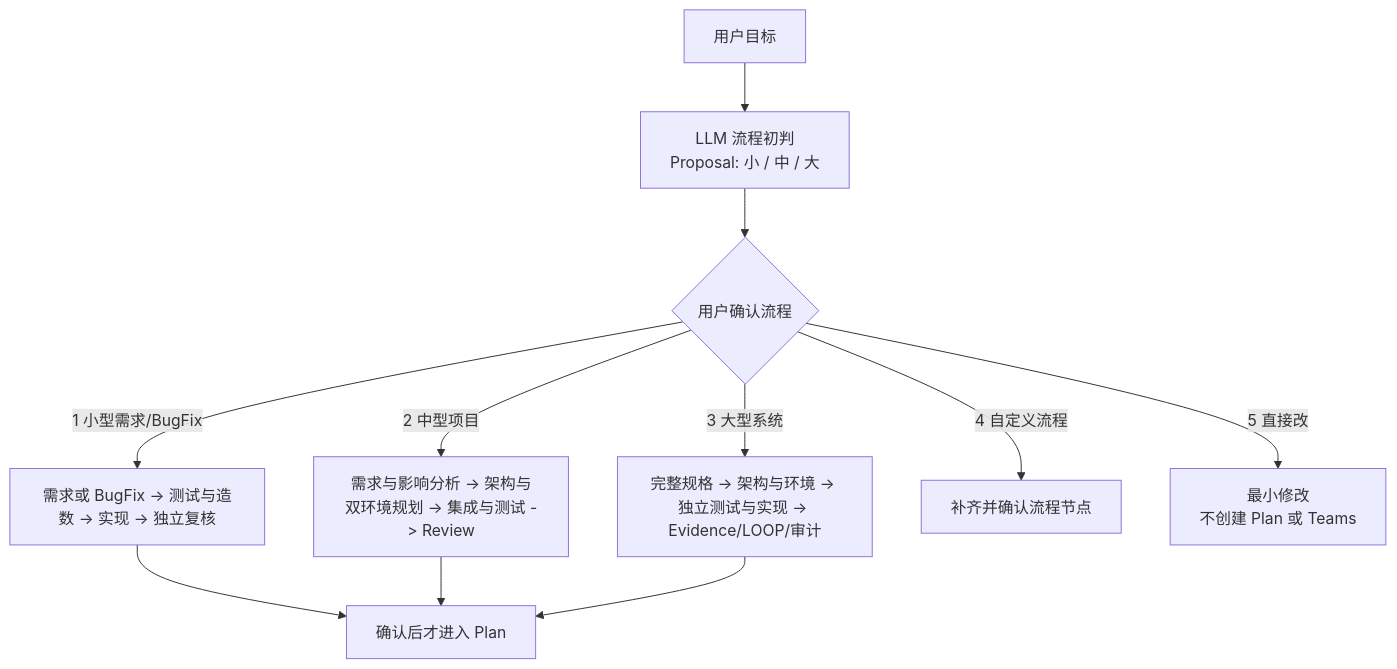
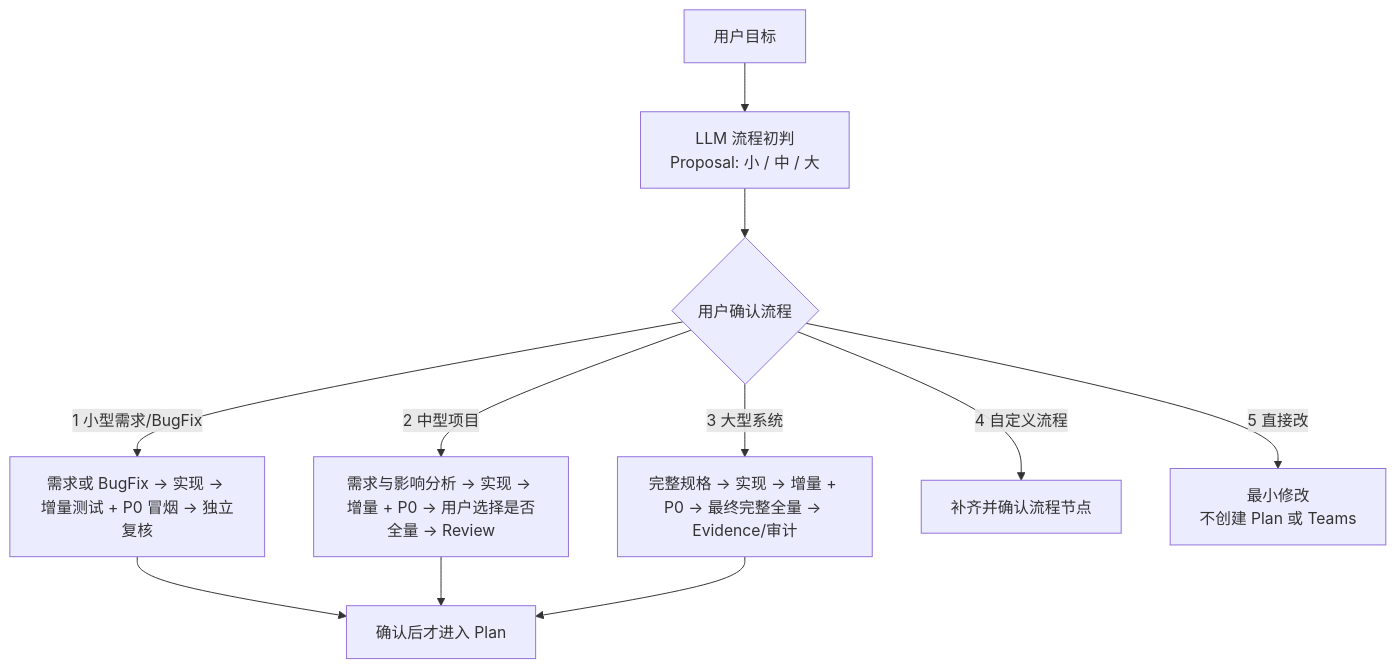
One commit to vibe-coding-era/goal-teams changed the diagram in references/flow-clarification-protocol.md. Above: the diagram before and after it, drawn with Mermaid. The commit also changed other lines of this file and 89 other files, not shown here.

Commit message:
feat: add V2.47 flow and runtime contracts

````diff
--- a/references/flow-clarification-protocol.md
+++ b/references/flow-clarification-protocol.md
@@ -52,13 +52,13 @@
 ```mermaid
 flowchart TD
     A[用户目标] --> B[LLM 流程初判\nProposal: 小 / 中 / 大]
     B --> C{用户确认流程}
-    C -->|1 小型需求/BugFix| S[需求或 BugFix -> 测试与造数 -> 实现 -> 独立复核]
-    C -->|2 中型项目| M[需求与影响分析 -> 架构与双环境规划 -> 集成与测试 -> Review]
-    C -->|3 大型系统| L[完整规格 -> 架构与环境 -> 独立测试与实现 -> Evidence/LOOP/审计]
+    C -->|1 小型需求/BugFix| S[需求或 BugFix -> 实现 -> 增量测试 + P0 冒烟 -> 独立复核]
+    C -->|2 中型项目| M[需求与影响分析 -> 实现 -> 增量 + P0 -> 用户选择是否全量 -> Review]
+    C -->|3 大型系统| L[完整规格 -> 实现 -> 增量 + P0 -> 最终完整全量 -> Evidence/审计]
     C -->|4 自定义流程| D[补齐并确认流程节点]
     C -->|5 直接改| X[最小修改\n不创建 Plan 或 Teams]
     S --> P[确认后才进入 Plan]
     M --> P
     L --> P
 ```
````
